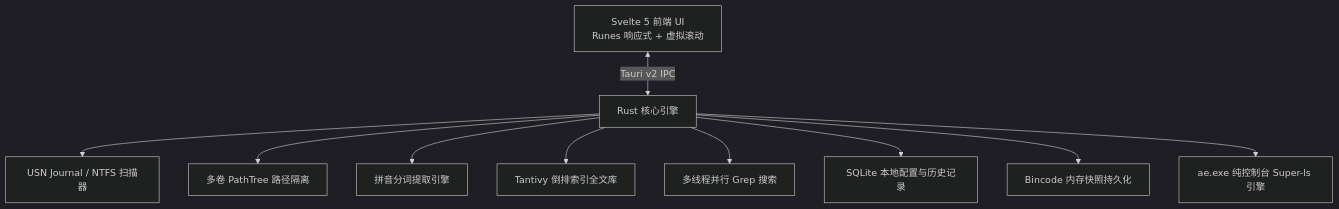
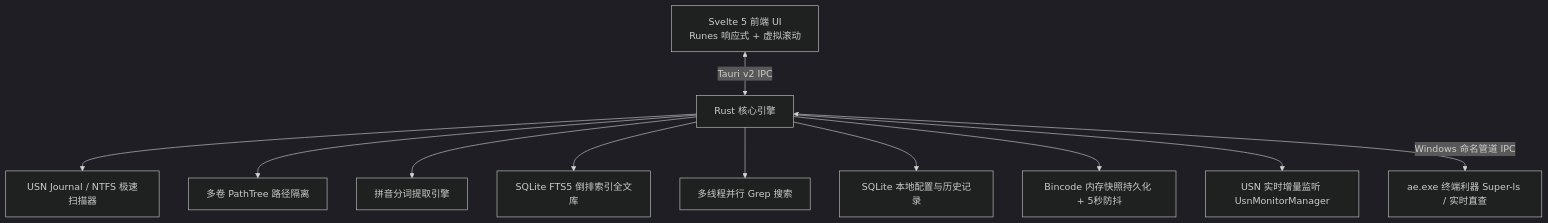
Before and after one commit to xiaobude/anyecho: the diagram in README.md, drawn with Mermaid (dark theme). The commit also changed other lines of this file and 8 other files, not shown here.

````diff
--- a/README.md
+++ b/README.md
@@ -195,12 +203,13 @@
 ```mermaid
 graph TD
     A[Svelte 5 前端 UI\nRunes 响应式 + 虚拟滚动] <-->|Tauri v2 IPC| B[Rust 核心引擎]
-    B --> C[USN Journal / NTFS 扫描器]
+    B --> C[USN Journal / NTFS 极速扫描器]
     B --> D[多卷 PathTree 路径隔离]
     B --> E[拼音分词提取引擎]
-    B --> F[Tantivy 倒排索引全文库]
+    B --> F[SQLite FTS5 倒排索引全文库]
     B --> G[多线程并行 Grep 搜索]
     B --> H[SQLite 本地配置与历史记录]
-    B --> I[Bincode 内存快照持久化]
-    B --> J[ae.exe 纯控制台 Super-ls 引擎]
+    B --> I[Bincode 内存快照持久化 + 5秒防抖]
+    B --> K[USN 实时增量监听 UsnMonitorManager]
+    B <-->|Windows 命名管道 IPC| J[ae.exe 终端利器 Super-ls / 实时直查]
 ```
````
